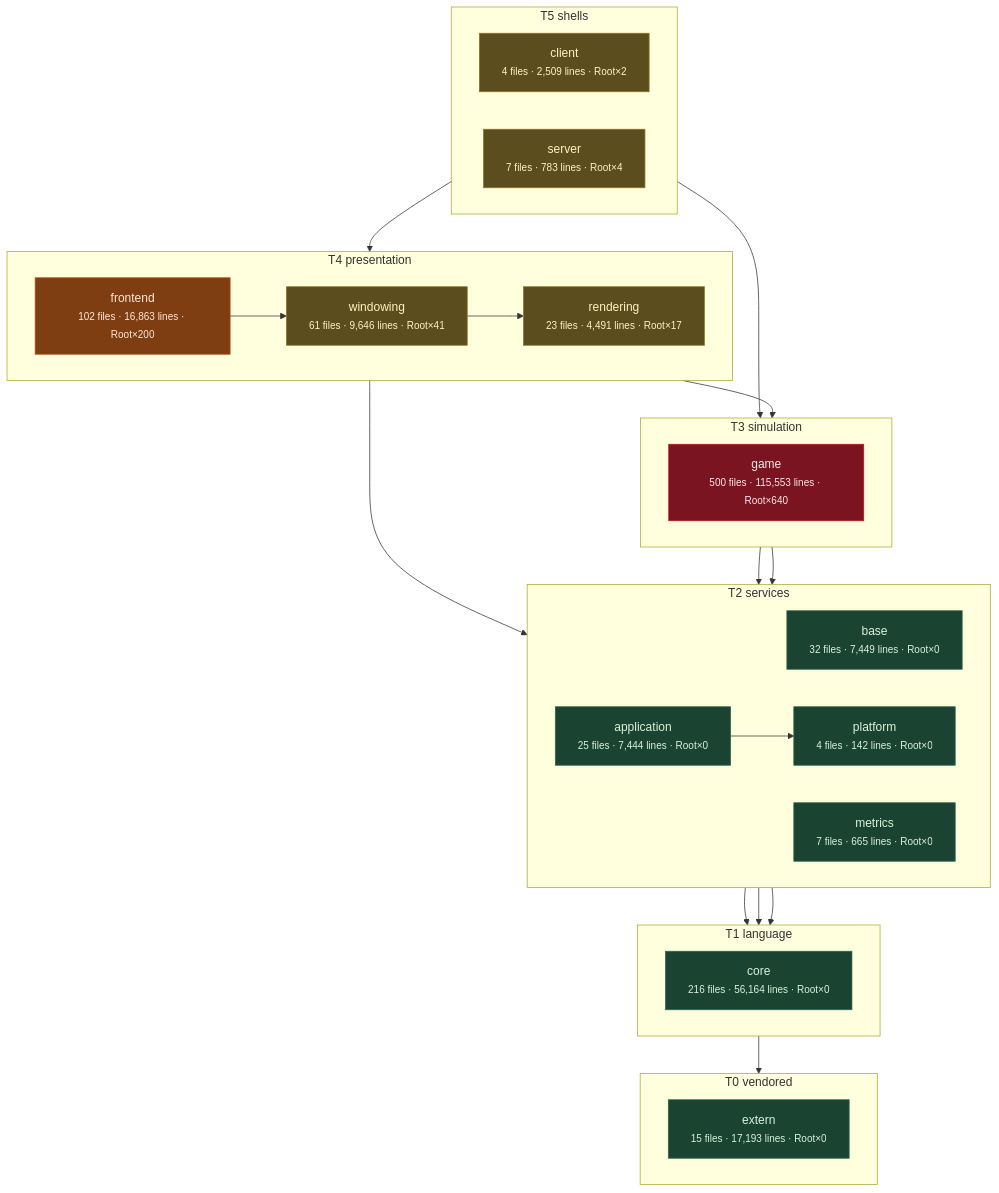
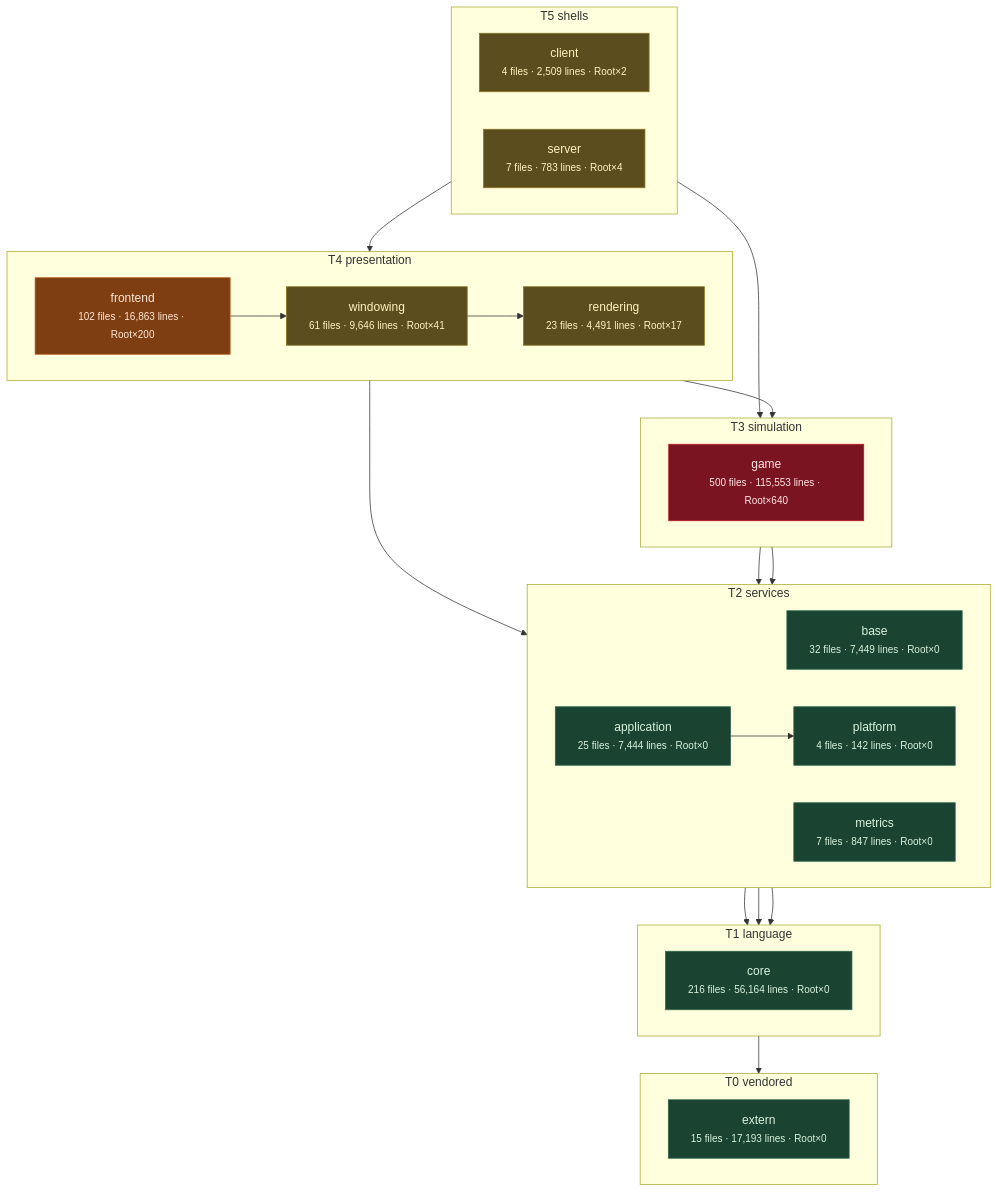
The third of 11 diagrams in docs/architecture/system-boundaries.md (apnex/OpenStarbound), drawn with Mermaid before and after one commit. The commit also changed other lines of this file and 4 other files, not shown here.

````diff
--- a/docs/architecture/system-boundaries.md
+++ b/docs/architecture/system-boundaries.md
@@ -271,54 +271,54 @@
 ```mermaid
 flowchart TD
   subgraph T0["T0 vendored"]
     direction LR
     extern["extern<br/><small>15 files · 17,193 lines · Root×0</small>"]
   end
   subgraph T1["T1 language"]
     direction LR
     core["core<br/><small>216 files · 56,164 lines · Root×0</small>"]
   end
   subgraph T2["T2 services"]
     direction LR
     base["base<br/><small>32 files · 7,449 lines · Root×0</small>"]
-    metrics["metrics<br/><small>7 files · 665 lines · Root×0</small>"]
+    metrics["metrics<br/><small>7 files · 847 lines · Root×0</small>"]
     platform["platform<br/><small>4 files · 142 lines · Root×0</small>"]
     application["application<br/><small>25 files · 7,444 lines · Root×0</small>"]
   end
   subgraph T3["T3 simulation"]
     direction LR
     game["game<br/><small>500 files · 115,553 lines · Root×640</small>"]
   end
   subgraph T4["T4 presentation"]
     direction LR
     rendering["rendering<br/><small>23 files · 4,491 lines · Root×17</small>"]
     windowing["windowing<br/><small>61 files · 9,646 lines · Root×41</small>"]
     frontend["frontend<br/><small>102 files · 16,863 lines · Root×200</small>"]
   end
   subgraph T5["T5 shells"]
     direction LR
     client["client<br/><small>4 files · 2,509 lines · Root×2</small>"]
     server["server<br/><small>7 files · 783 lines · Root×4</small>"]
   end
   core --> extern
   base --> core
   metrics --> core
   platform --> core
   application --> platform
   game --> base
   game --> platform
   rendering --> application
   rendering --> game
   windowing --> rendering
   frontend --> windowing
   client --> frontend
   server --> game
   classDef clean fill:#1b4332,stroke:#2d6a4f,color:#d8f3dc
   classDef warm  fill:#5c4d1e,stroke:#8a7420,color:#fff3bf
   classDef hot   fill:#7f3e12,stroke:#b5561b,color:#ffe8d6
   classDef blaze fill:#7a1420,stroke:#c1121f,color:#ffe5e5
   class extern,core,base,metrics,platform,application clean
   class rendering,windowing,client,server warm
   class frontend hot
   class game blaze
 ```
````
